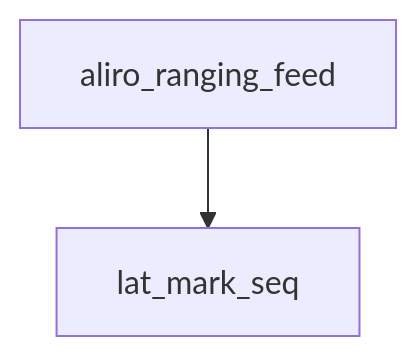
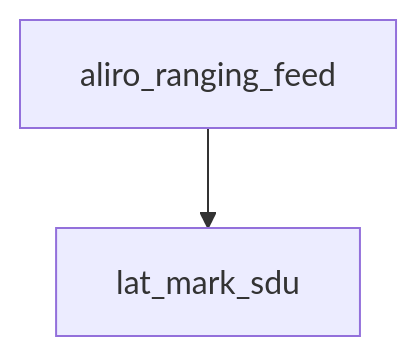
The diagram in docs/architecture/modules.woz_aliro.src/aliro_ranging.c.md (jonathan-shc/UWB), drawn with Mermaid before and after one commit. The commit also changed other lines of this file and 20 other files, not shown here.

````diff
--- a/docs/architecture/modules.woz_aliro.src/aliro_ranging.c.md
+++ b/docs/architecture/modules.woz_aliro.src/aliro_ranging.c.md
@@ -13,4 +13,4 @@
 ```mermaid
 flowchart TD
-  aliro_ranging_feed --> lat_mark_seq
+  aliro_ranging_feed --> lat_mark_sdu
 ```
````
